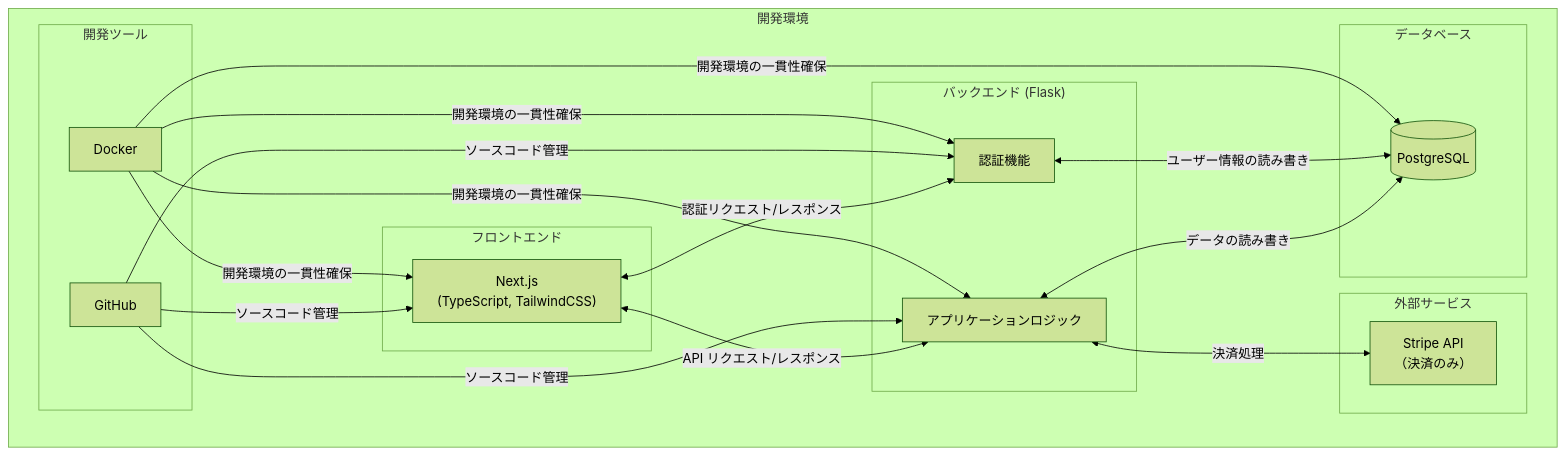
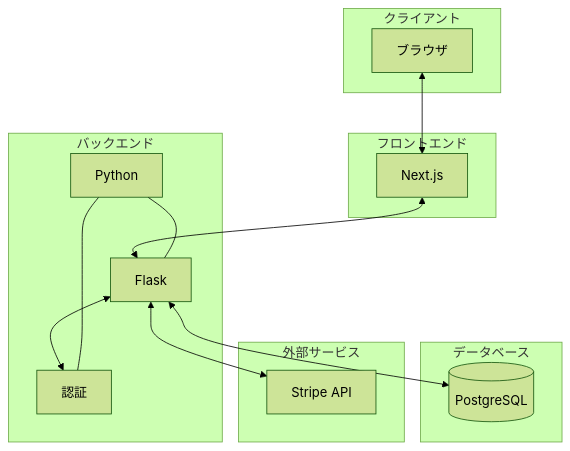
The diagram in アーキテクチャ図.mermaid (Yuka-Matsumoto/my-todo-app), drawn with Mermaid (forest theme) before and after one commit. The commit also changed 1 other file, not shown here.

Commit message:
アーキテクチャ図と説明文の追加
:wq

```diff
--- a/アーキテクチャ図.mermaid
+++ b/アーキテクチャ図.mermaid
@@ -1,37 +1,30 @@
 graph TB
-    subgraph "開発環境"
-        subgraph "フロントエンド"
-            A["Next.js<br>(TypeScript, TailwindCSS)"]
-        end
-
-        subgraph "バックエンド (Flask)"
-            B["アプリケーションロジック"]
-            C["認証機能"]
-        end
-
-        subgraph "データベース"
-            D[(PostgreSQL)]
-        end
-
-        subgraph "外部サービス"
-            E[Stripe API<br>（決済のみ）]
-        end
-
-        subgraph "開発ツール"
-            F[GitHub]
-            G[Docker]
-        end
+    subgraph "クライアント"
+        A[ブラウザ]
     end
 
-    A <-->|"API リクエスト/レスポンス"| B
-    A <-->|"認証リクエスト/レスポンス"| C
-    B <-->|"データの読み書き"| D
-    C <-->|"ユーザー情報の読み書き"| D
-    B <-->|"決済処理"| E
-    F -->|"ソースコード管理"| A
-    F -->|"ソースコード管理"| B
-    F -->|"ソースコード管理"| C
-    G -->|"開発環境の一貫性確保"| A
-    G -->|"開発環境の一貫性確保"| B
-    G -->|"開発環境の一貫性確保"| C
-    G -->|"開発環境の一貫性確保"| D
+    subgraph "フロントエンド"
+        B[Next.js]
+    end
+
+    subgraph "バックエンド"
+        C[Flask]
+        D[認証]
+        G[Python]
+    end
+
+    subgraph "データベース"
+        E[(PostgreSQL)]
+    end
+
+    subgraph "外部サービス"
+        F[Stripe API]
+    end
+
+    A <--> B
+    B <--> C
+    C <--> D
+    C <--> E
+    C <--> F
+    G --- C
+    G --- D
```
